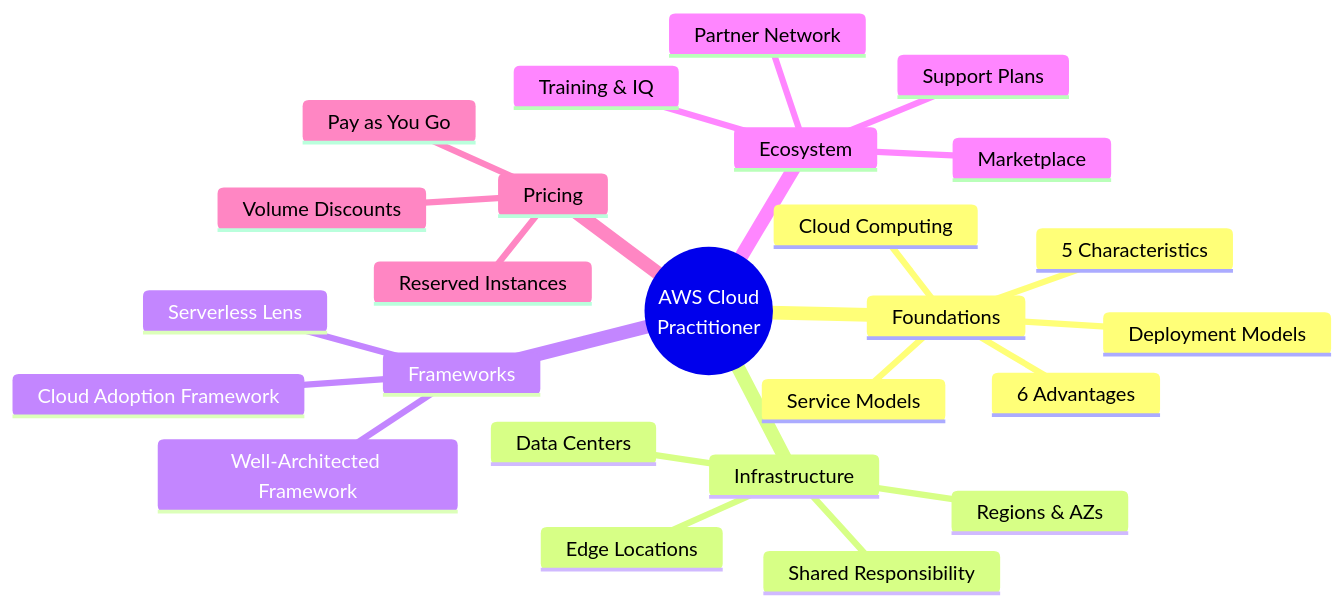
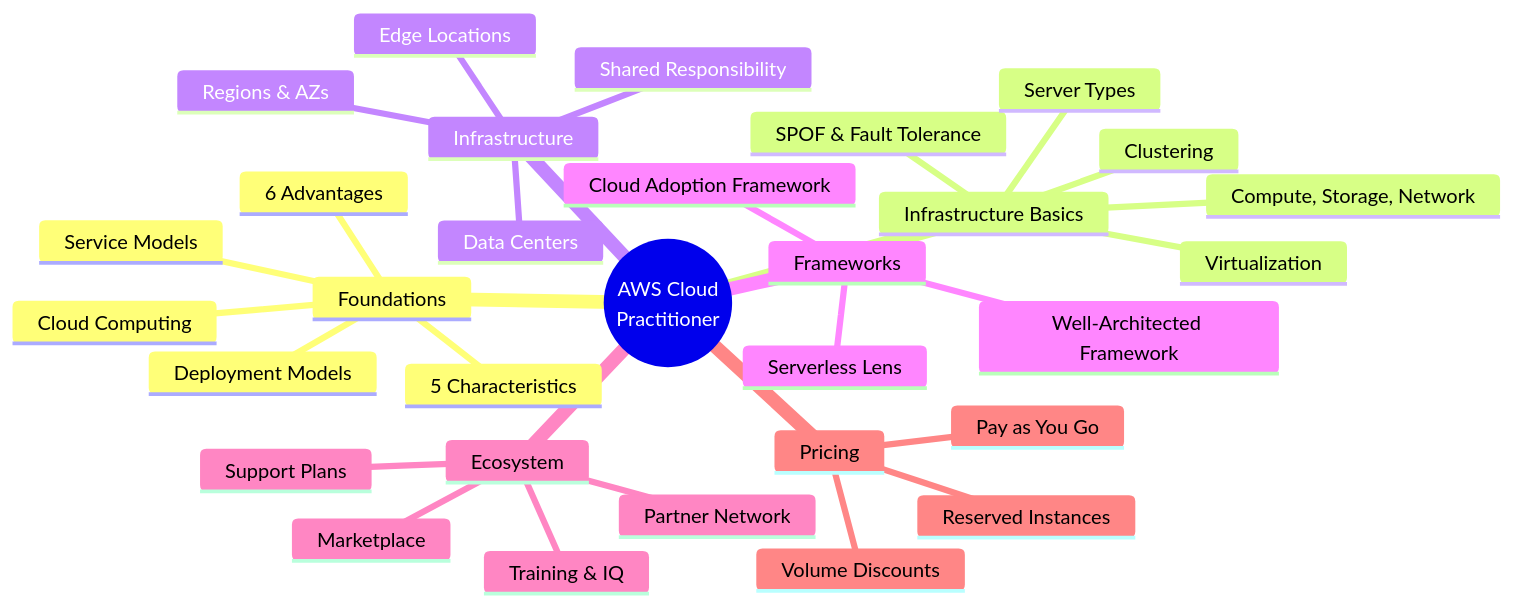
The diagram in README.md (AbanoubPhelopos/aws-cloud-practitioner), drawn with Mermaid before and after one commit. The commit also changed other lines of this file, not shown here.

Commit message:
docs: add infrastructure fundamentals covering SPOF, fault tolerance, server types, clustering, multi-tier architecture, and virtualization

````diff
--- a/README.md
+++ b/README.md
@@ -21,29 +21,35 @@
 ```mermaid
 mindmap
   root((AWS Cloud
     Practitioner))
     Foundations
       Cloud Computing
       5 Characteristics
       6 Advantages
       Deployment Models
       Service Models
+    Infrastructure Basics
+      Compute, Storage, Network
+      SPOF & Fault Tolerance
+      Server Types
+      Clustering
+      Virtualization
     Infrastructure
       Regions & AZs
       Data Centers
       Edge Locations
       Shared Responsibility
     Frameworks
       Cloud Adoption Framework
       Well-Architected Framework
       Serverless Lens
     Ecosystem
       Support Plans
       Marketplace
       Partner Network
       Training & IQ
     Pricing
       Pay as You Go
       Reserved Instances
       Volume Discounts
 ```
````
